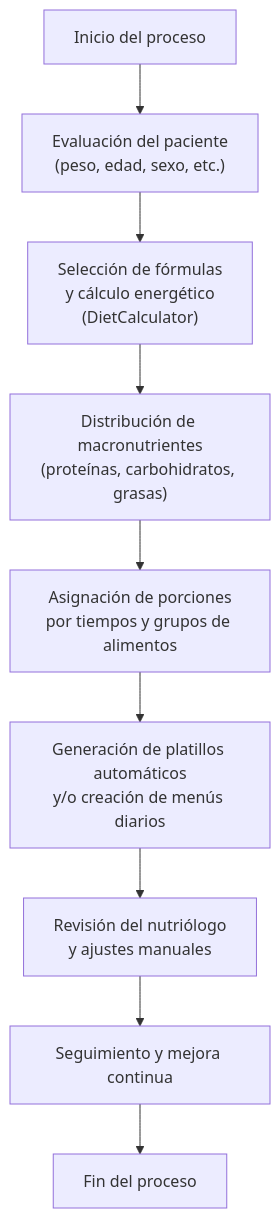
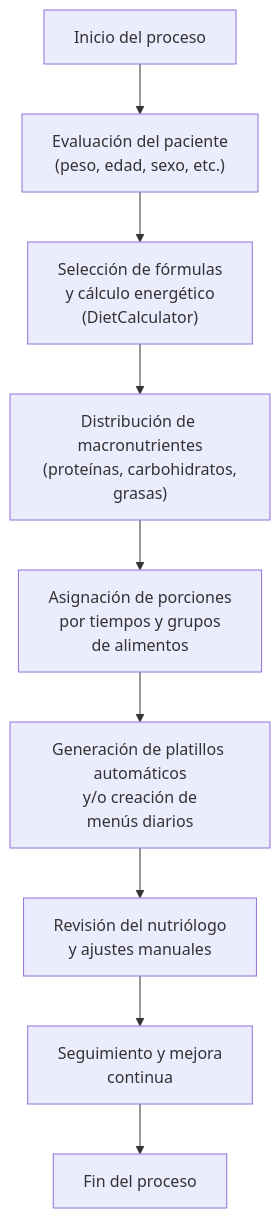
One commit to Inmunolabs/multinature-docs changed the diagram in 00_Overview/Business_Rules/nutriologos/flujo-logico-tecnico.md. Above: the diagram before and after it, drawn with Mermaid. The commit also changed other lines of this file, not shown here.

Commit message:
feat: update until 10.31.2025

````diff
--- a/00_Overview/Business_Rules/nutriologos/flujo-logico-tecnico.md
+++ b/00_Overview/Business_Rules/nutriologos/flujo-logico-tecnico.md
@@ -305,11 +305,11 @@
 ```mermaid
 flowchart TD
   A["Inicio del proceso"] --> B["Evaluación del paciente<br>(peso, edad, sexo, etc.)"]
   B --> C["Selección de fórmulas<br>y cálculo energético<br>(DietCalculator)"]
-  C --> D["Distribución de macronutrientes<br>(proteínas, carbohidratos, grasas)"]
-  D --> E["Asignación de porciones<br>por tiempos y grupos de alimentos"]
-  E --> F["Generación de platillos automáticos<br>y/o creación de menús diarios"]
+  C --> D["Distribución de macronutrientes<br>(proteínas, carbohidratos,<br>grasas)"]
+  D --> E["Asignación de porciones<br>por tiempos y grupos<br>de alimentos"]
+  E --> F["Generación de platillos automáticos<br>y/o creación de<br>menús diarios"]
   F --> G["Revisión del nutriólogo<br>y ajustes manuales"]
-  G --> H["Seguimiento y mejora continua"]
+  G --> H["Seguimiento y mejora<br>continua"]
   H --> I["Fin del proceso"]
 ```
````
